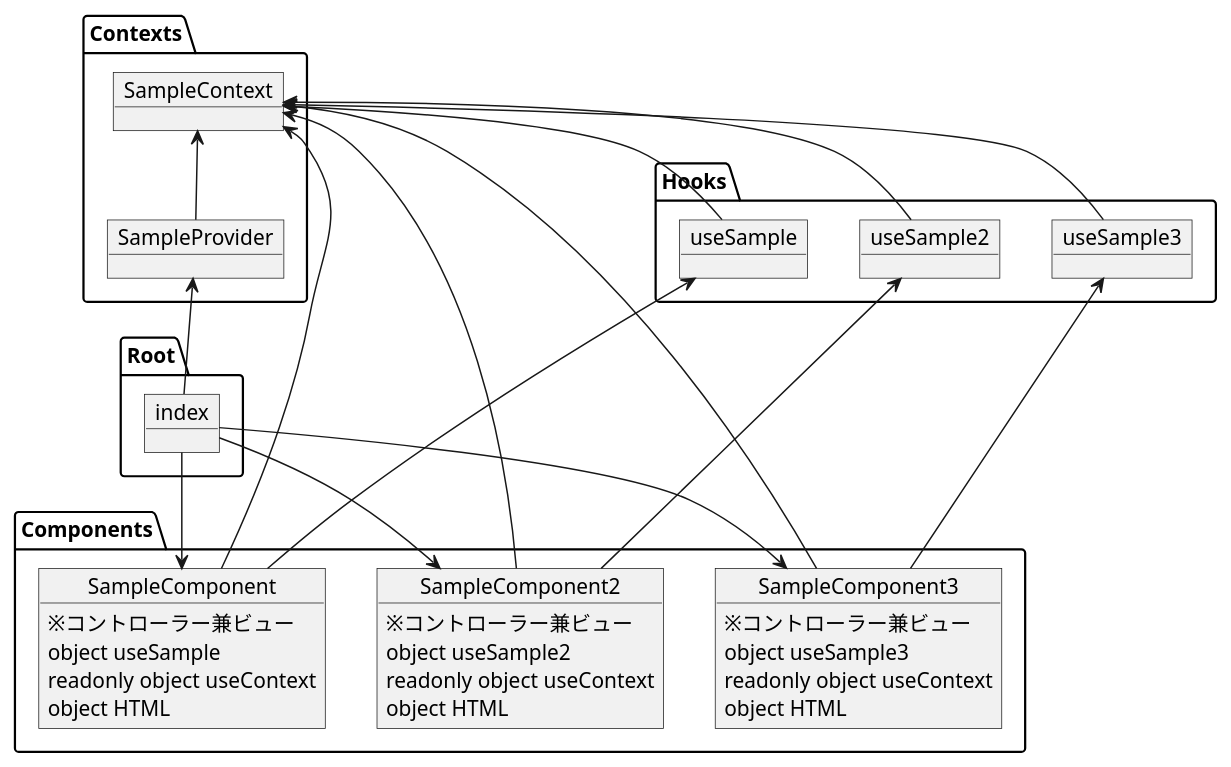
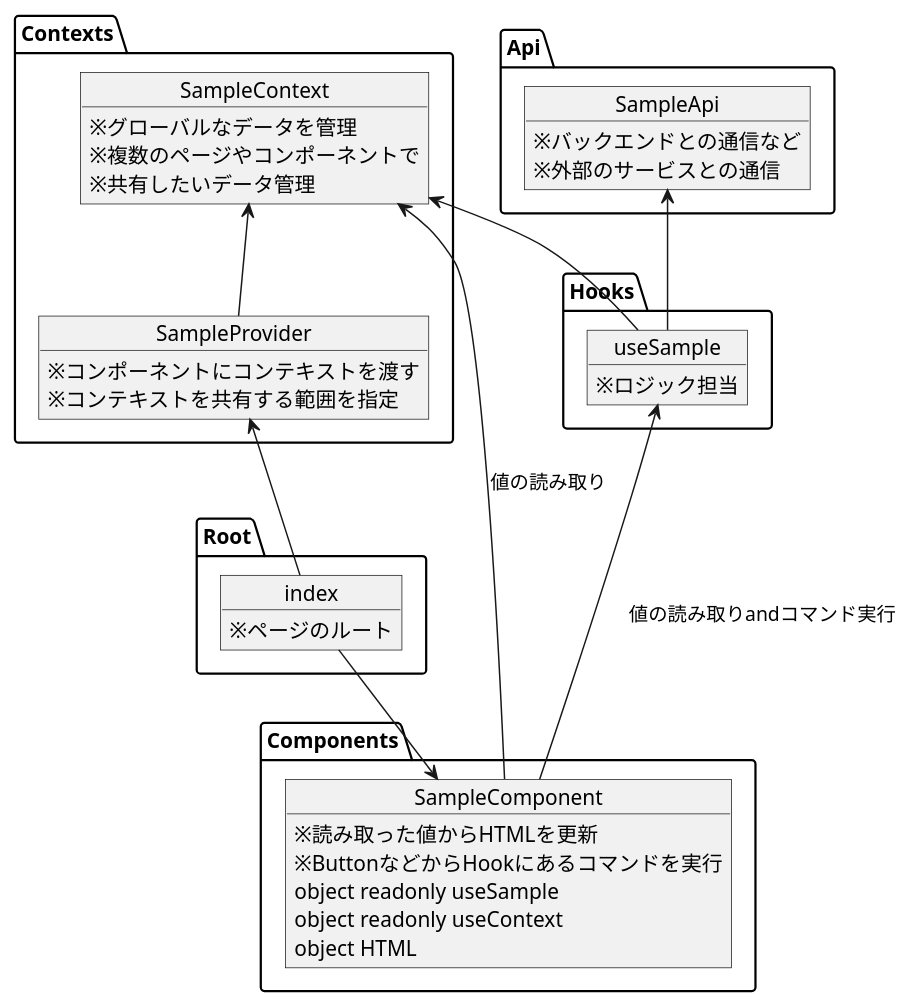
Before and after one commit to eiei114/im-ts-frontend-template: the second of 2 diagrams in docs/architecture.wsd, drawn with PlantUML.

```diff
--- a/docs/architecture.wsd
+++ b/docs/architecture.wsd
@@ -43,58 +43,56 @@
 @startuml hook_and_context
 
 namespace Root {
-    object index
+    object index {
+        ※ページのルート
+    }
 }
 
 namespace Contexts {
-    object SampleProvider
-    object SampleContext
+    object SampleProvider {
+        ※コンポーネントにコンテキストを渡す
+        ※コンテキストを共有する範囲を指定
+    }
+    object SampleContext {
+        ※グローバルなデータを管理
+        ※複数のページやコンポーネントで
+        ※共有したいデータ管理
+    }
 }
 
 namespace Components {
     object SampleComponent {
-        ※コントローラー兼ビュー
-        object useSample
-        readonly object useContext
+        ※読み取った値からHTMLを更新
+        ※ButtonなどからHookにあるコマンドを実行
+        object readonly useSample
+        object readonly useContext
         object HTML 
-    }
-    object SampleComponent2 {
-        ※コントローラー兼ビュー
-        object useSample2
-        readonly object useContext
-        object HTML
-    }
-    object SampleComponent3 {
-        ※コントローラー兼ビュー
-        object useSample3
-        readonly object useContext
-        object HTML
     }
 }
 
 namespace Hooks {
-    object useSample
-    object useSample2
-    object useSample3
+    object useSample {
+        ※ロジック担当
+    }
+}
+
+namespace Api {
+    object SampleApi {
+        ※バックエンドとの通信など
+        ※外部のサービスとの通信
+    }
 }
 
 index -down-> SampleComponent
-index -down-> SampleComponent2
-index -down-> SampleComponent3
+
 index -up-> SampleProvider
 
 SampleProvider -up-> SampleContext
 
-SampleComponent -up-> useSample
-SampleComponent2 -up-> useSample2
-SampleComponent3 -up-> useSample3
-
-SampleComponent -up-> SampleContext
-SampleComponent2 -up-> SampleContext
-SampleComponent3 -up-> SampleContext
+SampleComponent -up-> useSample : 値の読み取りandコマンド実行
+SampleComponent -up-> SampleContext : 値の読み取り
 
 useSample -up-> SampleContext
-useSample2 -up-> SampleContext
-useSample3 -up-> SampleContext
+useSample -up-> SampleApi
 
 @enduml
```
